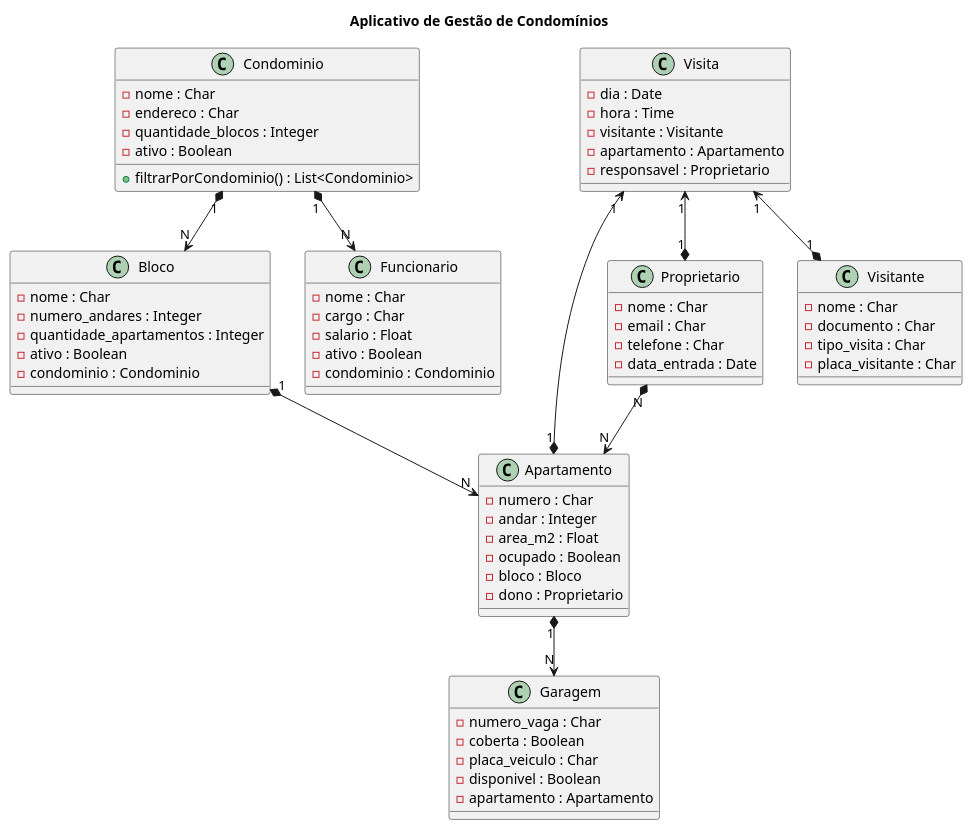
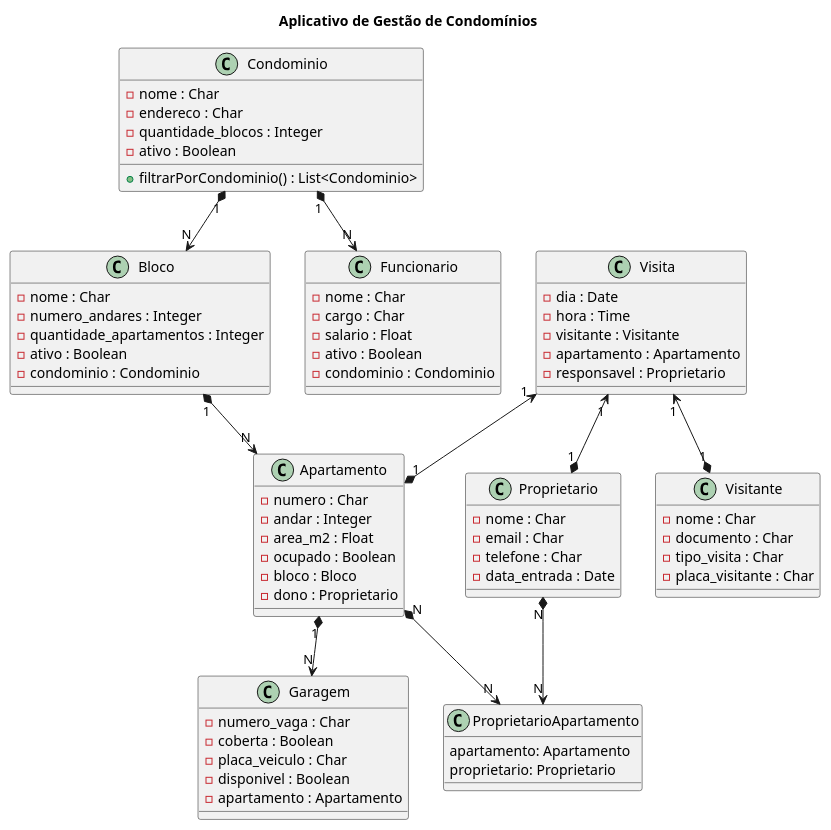
The diagram in LuisaWentz - Diagrama de Classes.puml (anleaes/2025-2-SDM-Sexta-Manha-ZS-11), drawn with PlantUML before and after one commit.

Commit message:
Corrigir Diagrama de Classes
Corrigido diagrama de classes

```diff
--- a/LuisaWentz - Diagrama de Classes.puml
+++ b/LuisaWentz - Diagrama de Classes.puml
@@ -1,77 +1,84 @@
 @startuml
 ' Título
 title Aplicativo de Gestão de Condomínios
 
 class Condominio {
   -nome : Char
   -endereco : Char
   -quantidade_blocos : Integer
   -ativo : Boolean
   +filtrarPorCondominio() : List<Condominio>
 }
 
 class Bloco {
   -nome : Char
   -numero_andares : Integer
   -quantidade_apartamentos : Integer
   -ativo : Boolean
   -condominio : Condominio
 }
 
 class Apartamento {
   -numero : Char
   -andar : Integer
   -area_m2 : Float
   -ocupado : Boolean
   -bloco : Bloco
   -dono : Proprietario
 }
 
 class Proprietario {
   -nome : Char
   -email : Char
   -telefone : Char
   -data_entrada : Date
 }
 
 class Funcionario {
   -nome : Char
   -cargo : Char
   -salario : Float
   -ativo : Boolean
   -condominio : Condominio
 }
 
 class Garagem {
   -numero_vaga : Char
   -coberta : Boolean
   -placa_veiculo : Char
   -disponivel : Boolean
   -apartamento : Apartamento
 }
 
 class Visitante {
   -nome : Char
   -documento : Char
   -tipo_visita : Char
   -placa_visitante : Char 
 }
 
 class Visita {
   -dia : Date
   -hora : Time
   -visitante : Visitante
   -apartamento : Apartamento
   -responsavel : Proprietario
 }
 
+class ProprietarioApartamento {
+apartamento: Apartamento
+proprietario: Proprietario
+
+}
+
 ' --- Relacionamentos ---
 Condominio "1" *--> "N" Bloco
 Bloco "1" *--> "N" Apartamento
 Condominio "1" *--> "N" Funcionario
-Proprietario "N" *--> "N" Apartamento
+Proprietario "N" *--> "N" ProprietarioApartamento
+Apartamento "N" *--> "N" ProprietarioApartamento
 Apartamento "1" *--> "N" Garagem
 Visita "1" <--* "1" Visitante
 Visita "1" <--* "1" Apartamento
 Visita "1" <--* "1" Proprietario
 @enduml
```
